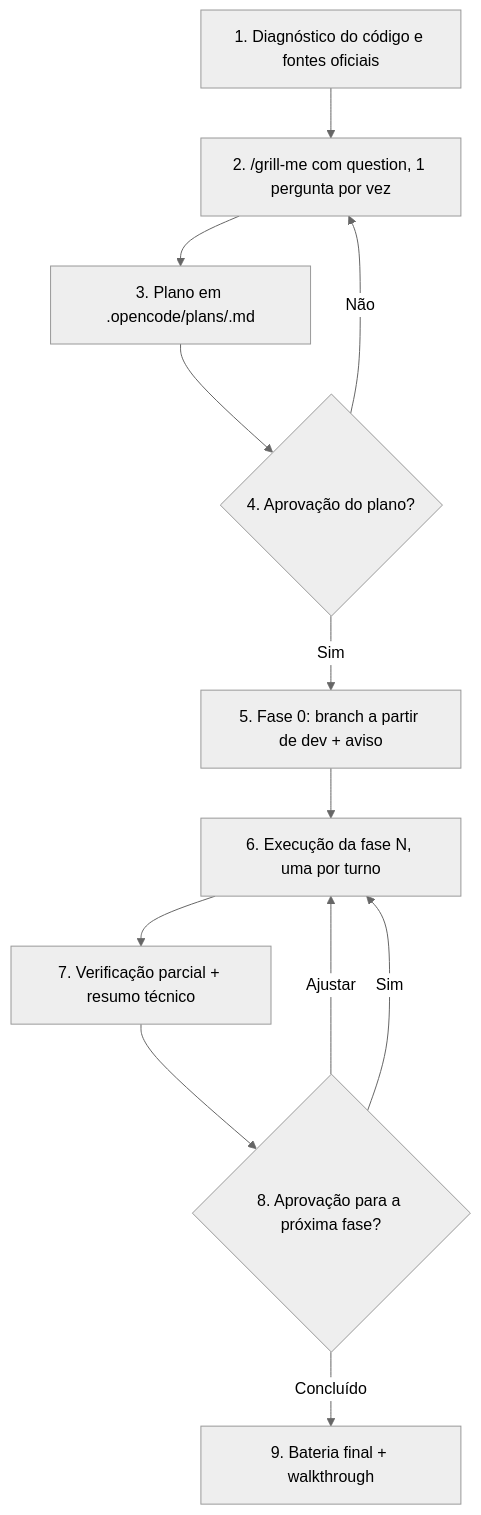
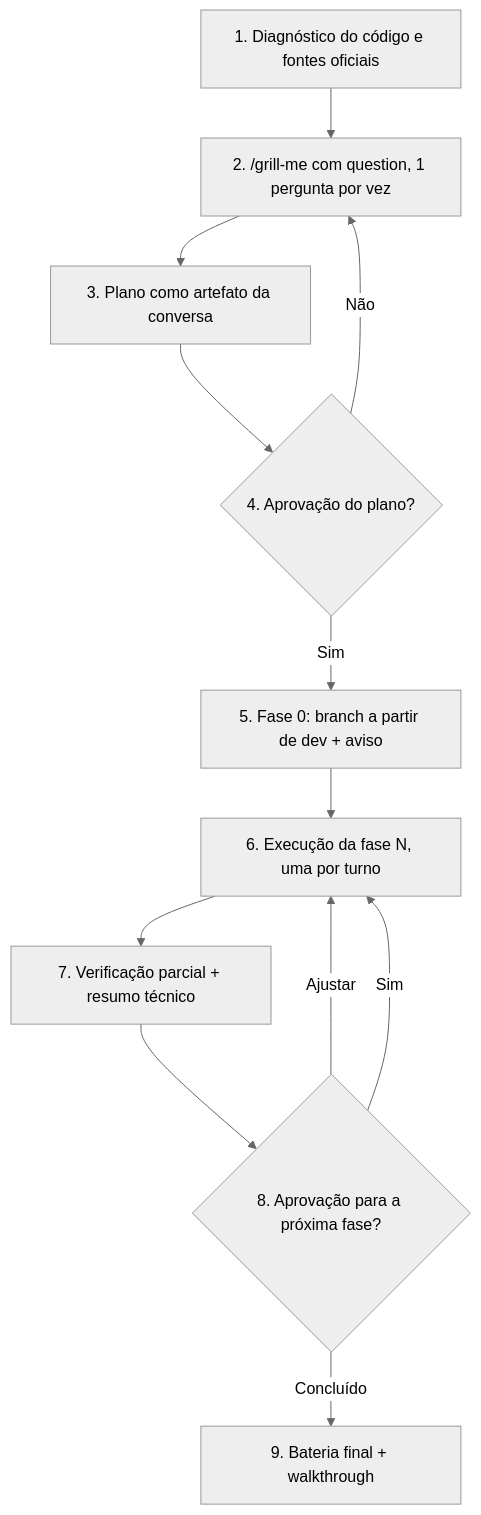
One commit to devitor-oliveira/lp-conf changed the diagram in docs/agents/code-review-workflow.md. Above: the diagram before and after it, drawn with Mermaid (neutral theme). The commit also changed other lines of this file and 2 other files, not shown here.

Commit message:
docs(agents): enforce conversation artifacts for plans unless explicitly requested

````diff
--- a/docs/agents/code-review-workflow.md
+++ b/docs/agents/code-review-workflow.md
@@ -90,14 +90,14 @@
 ```mermaid
 flowchart TD
     D1["1. Diagnóstico do código e fontes oficiais"] --> D2["2. /grill-me com question, 1 pergunta por vez"]
-    D2 --> D3["3. Plano em .opencode/plans/<slug>.md"]
+    D2 --> D3["3. Plano como artefato da conversa"]
     D3 --> D4{"4. Aprovação do plano?"}
     D4 -- Não --> D2
     D4 -- Sim --> D5["5. Fase 0: branch a partir de dev + aviso"]
     D5 --> D6["6. Execução da fase N, uma por turno"]
     D6 --> D7["7. Verificação parcial + resumo técnico"]
     D7 --> D8{"8. Aprovação para a próxima fase?"}
     D8 -- Ajustar --> D6
     D8 -- Sim --> D6
     D8 -- Concluído --> D9["9. Bateria final + walkthrough"]
 ```
````
